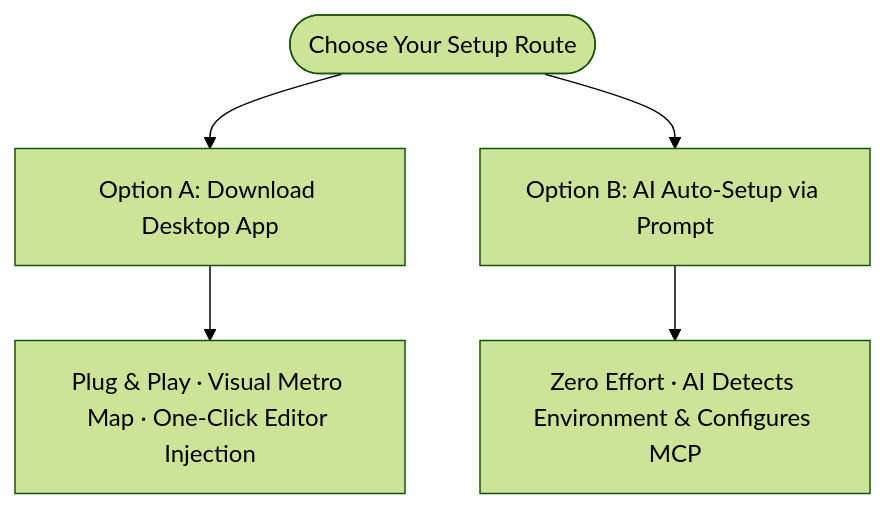
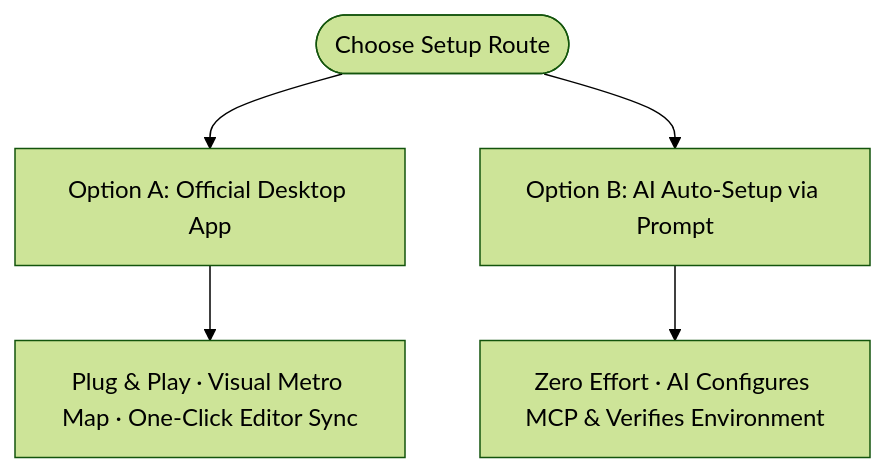
The second of 2 diagrams in README.md (yubinbin32-ops/ContextOS), drawn with Mermaid (forest theme) before and after one commit. The commit also changed other lines of this file and 8 other files, not shown here.

````diff
--- a/README.md
+++ b/README.md
@@ -138,8 +152,8 @@
 ```mermaid
 graph TD
-    User([Choose Your Setup Route]) --> ChoiceA[Option A: Download Desktop App]
+    User([Choose Setup Route]) --> ChoiceA[Option A: Official Desktop App]
     User --> ChoiceB[Option B: AI Auto-Setup via Prompt]
     
-    ChoiceA --> FlowA[Plug & Play · Visual Metro Map · One-Click Editor Injection]
-    ChoiceB --> FlowB[Zero Effort · AI Detects Environment & Configures MCP]
+    ChoiceA --> FlowA[Plug & Play · Visual Metro Map · One-Click Editor Sync]
+    ChoiceB --> FlowB[Zero Effort · AI Configures MCP & Verifies Environment]
 ```
````
